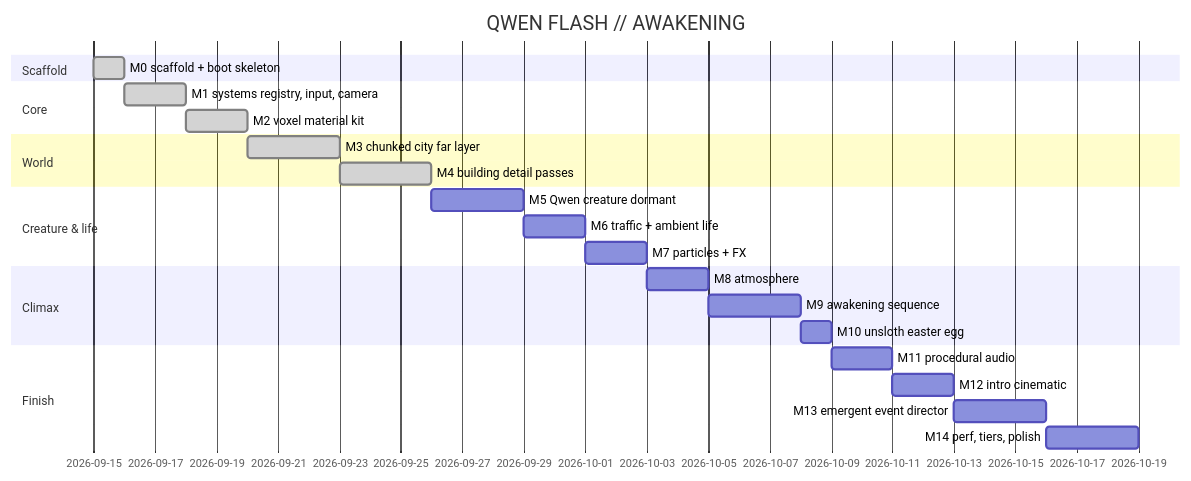
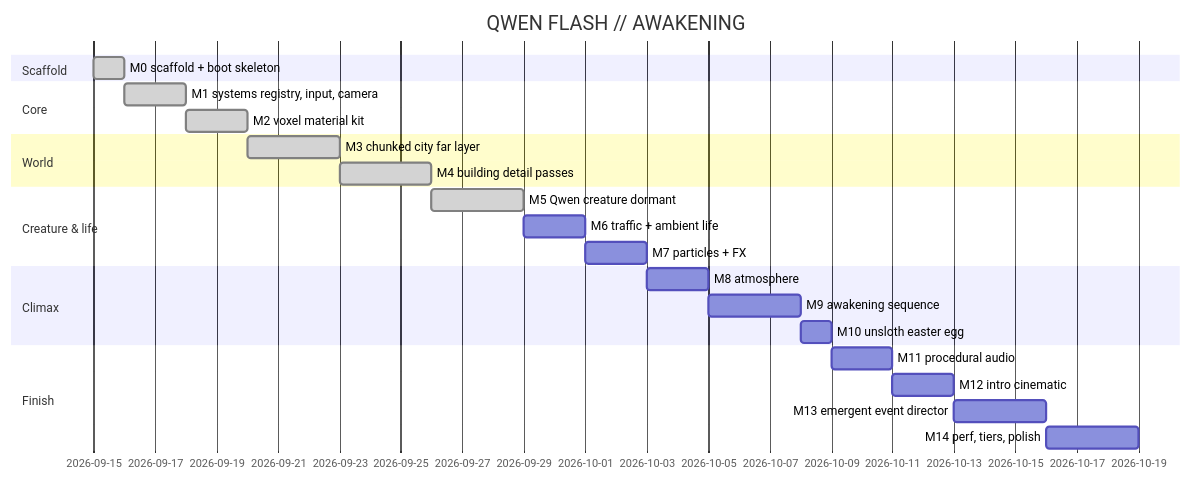
Before and after one commit to dilled/3dVoxelDemo: the diagram in brain/roadmap.md, drawn with Mermaid. The commit also changed other lines of this file and 9 other files, not shown here.

````diff
--- a/brain/roadmap.md
+++ b/brain/roadmap.md
@@ -12,26 +12,26 @@
 ```mermaid
 gantt
   title QWEN FLASH // AWAKENING
   dateFormat YYYY-MM-DD
   section Scaffold
   M0 scaffold + boot skeleton :done, m0, 2026-09-15, 1d
   section Core
   M1 systems registry, input, camera :done, m1, after m0, 2d
   M2 voxel material kit :done, m2, after m1, 2d
   section World
   M3 chunked city far layer :done, m3, after m2, 3d
   M4 building detail passes :done, m4, after m3, 3d
   section Creature & life
-  M5 Qwen creature dormant :m5, after m4, 3d
+  M5 Qwen creature dormant :done, m5, after m4, 3d
   M6 traffic + ambient life :m6, after m5, 2d
   M7 particles + FX :m7, after m6, 2d
   section Climax
   M8 atmosphere :m8, after m7, 2d
   M9 awakening sequence :m9, after m8, 3d
   M10 unsloth easter egg :m10, after m9, 1d
   section Finish
   M11 procedural audio :m11, after m10, 2d
   M12 intro cinematic :m12, after m11, 2d
   M13 emergent event director :m13, after m12, 3d
   M14 perf, tiers, polish :m14, after m13, 3d
 ```
````
